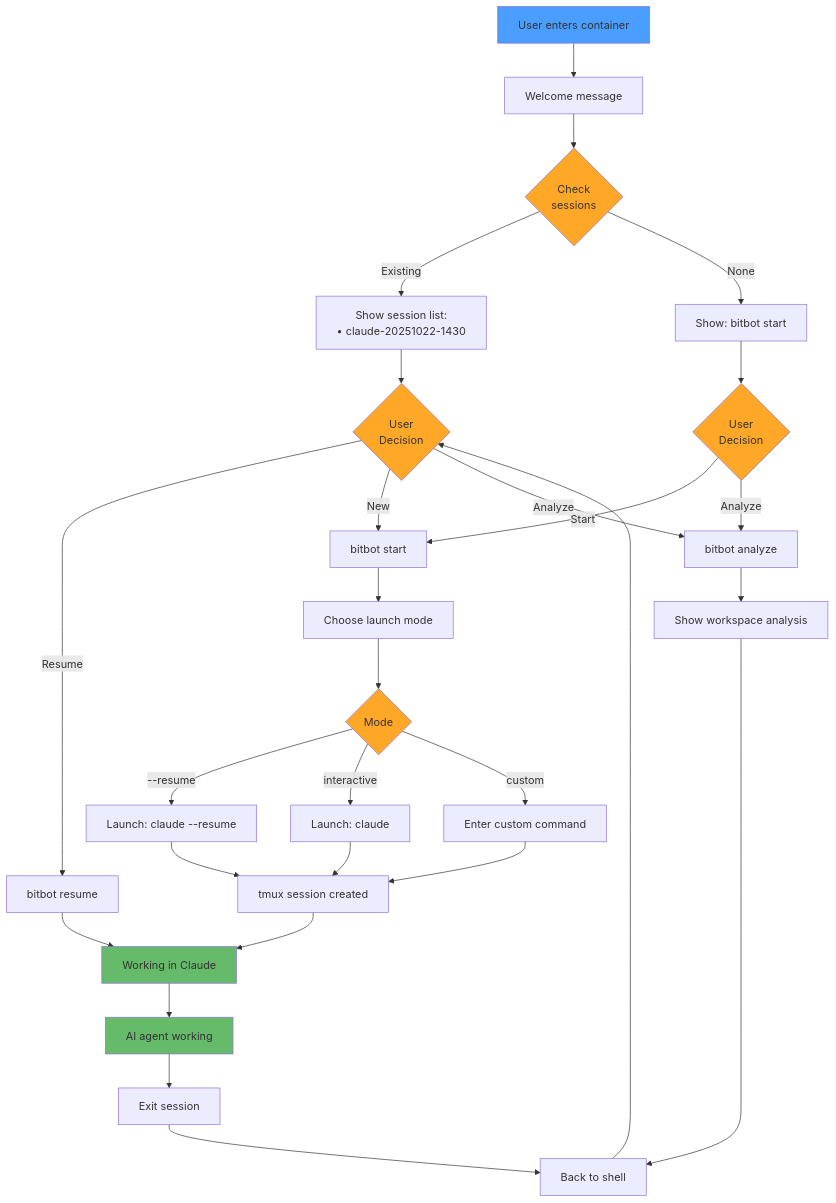
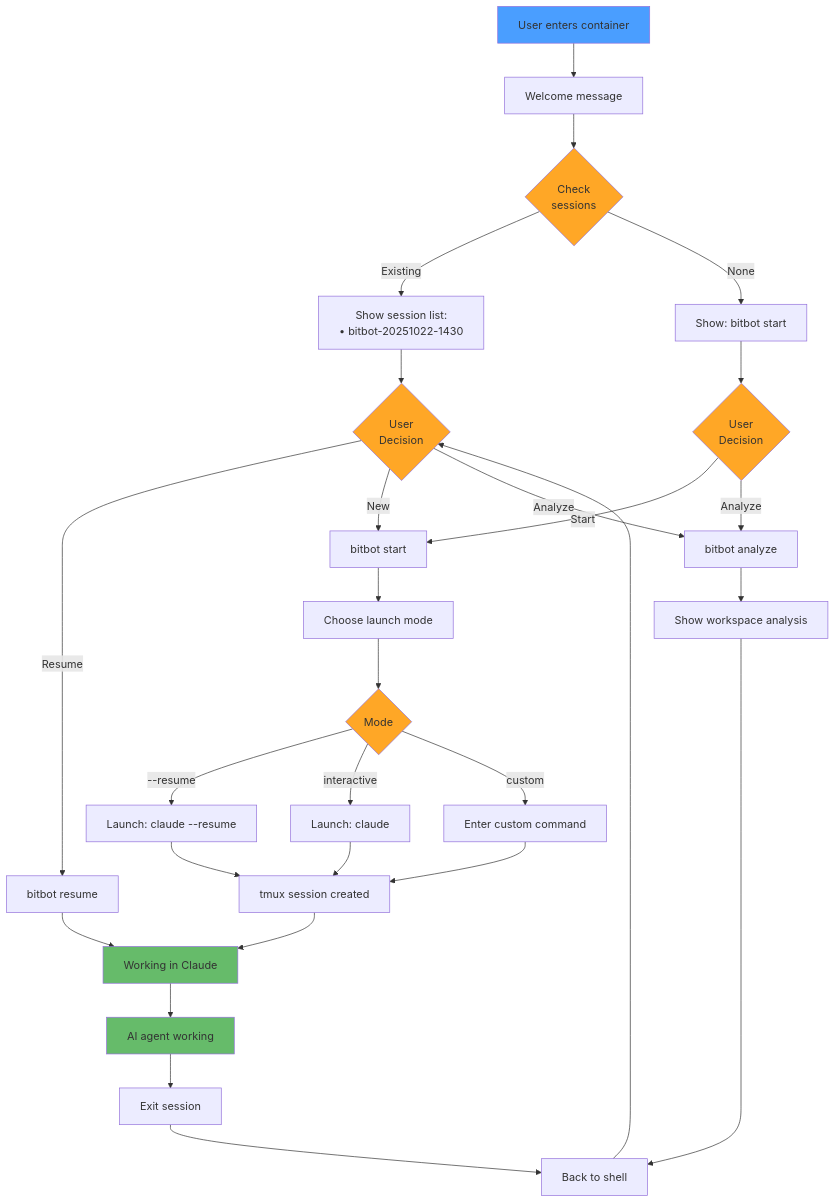
The fourth of 5 diagrams in sparc/2-pseudocode/FLOW_INNER_BITBOT.md (ManuelKugelmann/BitBot), drawn with Mermaid before and after one commit. The commit also changed other lines of this file and 2 other files, not shown here.

First line of the commit message:
Verify and update user flow documentation for consistency

````diff
--- a/sparc/2-pseudocode/FLOW_INNER_BITBOT.md
+++ b/sparc/2-pseudocode/FLOW_INNER_BITBOT.md
@@ -135,49 +135,49 @@
 ```mermaid
 flowchart TD
     Enter[User enters container] --> Welcome[Welcome message]
     Welcome --> Sess{Check<br/>sessions}
 
-    Sess -->|Existing| ShowList[Show session list:<br/>• claude-20251022-1430]
+    Sess -->|Existing| ShowList[Show session list:<br/>• bitbot-20251022-1430]
     Sess -->|None| ShowHelp[Show: bitbot start]
 
     ShowList --> UserDec1{User<br/>Decision}
     ShowHelp --> UserDec2{User<br/>Decision}
 
     UserDec1 -->|Resume| Resume[bitbot resume]
     UserDec1 -->|New| Start[bitbot start]
     UserDec1 -->|Analyze| Analyze[bitbot analyze]
 
     UserDec2 -->|Start| Start
     UserDec2 -->|Analyze| Analyze
 
     Resume --> InClaude[Working in Claude]
     Start --> LaunchChoice[Choose launch mode]
 
     LaunchChoice --> Mode{Mode}
     Mode -->|--resume| ResumeFlag[Launch: claude --resume]
     Mode -->|interactive| InterMode[Launch: claude]
     Mode -->|custom| CustomCmd[Enter custom command]
 
     ResumeFlag --> Tmux[tmux session created]
     InterMode --> Tmux
     CustomCmd --> Tmux
 
     Tmux --> InClaude
 
     Analyze --> Results[Show workspace analysis]
     Results --> BackShell[Back to shell]
 
     InClaude --> Work[AI agent working]
     Work --> Exit[Exit session]
     Exit --> BackShell
 
     BackShell --> UserDec1
 
     style Enter fill:#4a9eff
     style Sess fill:#ffa726,color:#333
     style UserDec1 fill:#ffa726,color:#333
     style UserDec2 fill:#ffa726,color:#333
     style Mode fill:#ffa726,color:#333
     style InClaude fill:#66bb6a,color:#333
     style Work fill:#66bb6a,color:#333
 ```
````
